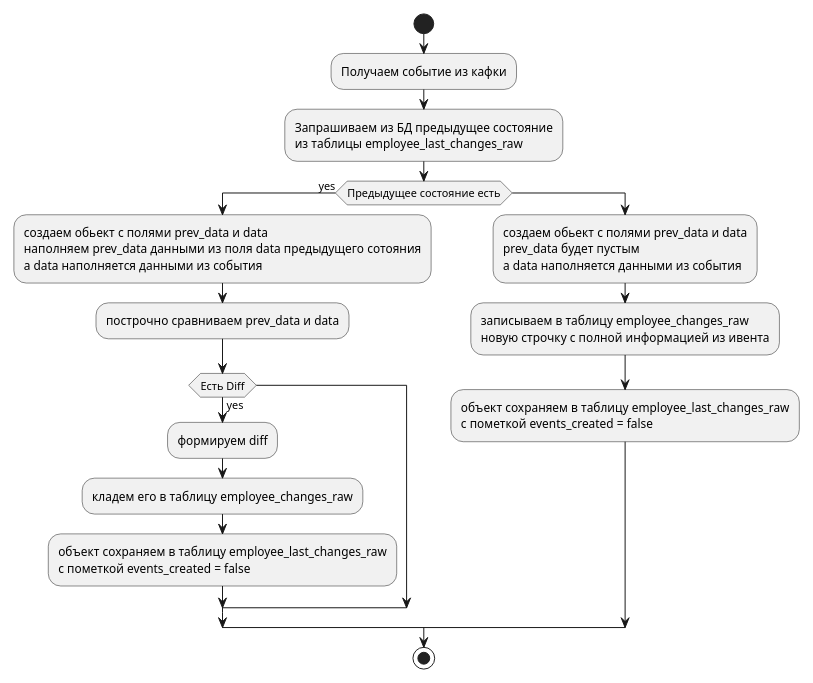
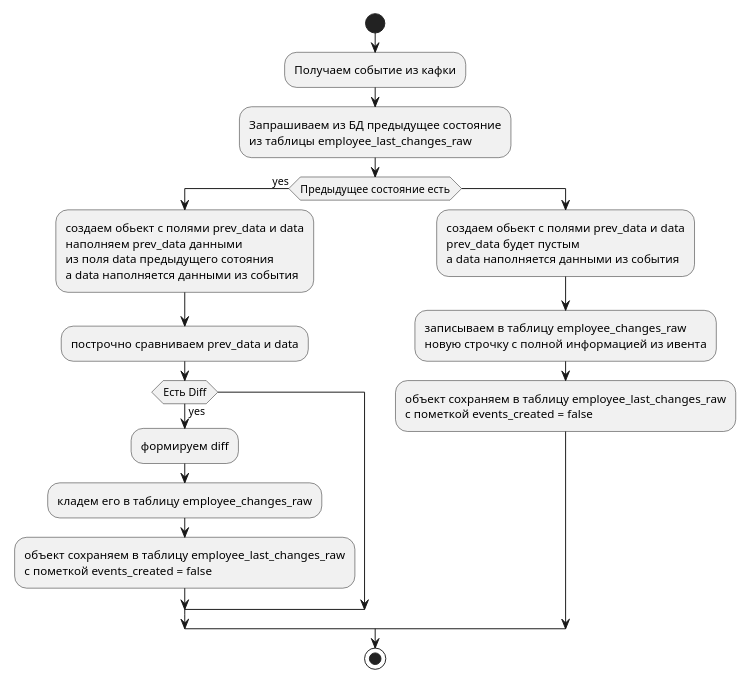
One commit to x666ep/staff-core-architectural-analysis changed the fourth of 7 diagrams in data/diagrams/staff-core.wsd. Above: the diagram before and after it, drawn with PlantUML. The commit also changed other lines of this file and 5 other files, not shown here.

Commit message:
complete fill diagrams

```diff
--- a/data/diagrams/staff-core.wsd
+++ b/data/diagrams/staff-core.wsd
@@ -120,29 +120,30 @@
 @startuml FillChangesFlowEmployeeTopic
 skinparam ConditionEndStyle hline 
 scale max 500 height
     start
         :Получаем событие из кафки;
         :Запрашиваем из БД предыдущее состояние
         из таблицы employee_last_changes_raw;
         if (Предыдущее состояние есть) then (yes)
                 :создаем обьект с полями prev_data и data
-                наполняем prev_data данными из поля data предыдущего сотояния
+                наполняем prev_data данными 
+                из поля data предыдущего сотояния
                 а data наполняется данными из события;
                 :построчно сравниваем prev_data и data;
                 if (Есть Diff) then (yes)
                     :формируем diff;
                     :кладем его в таблицу employee_changes_raw;
                     :объект сохраняем в таблицу employee_last_changes_raw
                     с пометкой events_created = false;
                 endif
                else
                 :создаем обьект с полями prev_data и data
                 prev_data будет пустым
                 а data наполняется данными из события;
                 :записываем в таблицу employee_changes_raw 
                 новую строчку с полной информацией из ивента;
                 :объект сохраняем в таблицу employee_last_changes_raw
                 с пометкой events_created = false;
             endif
     stop
 @enduml
```
